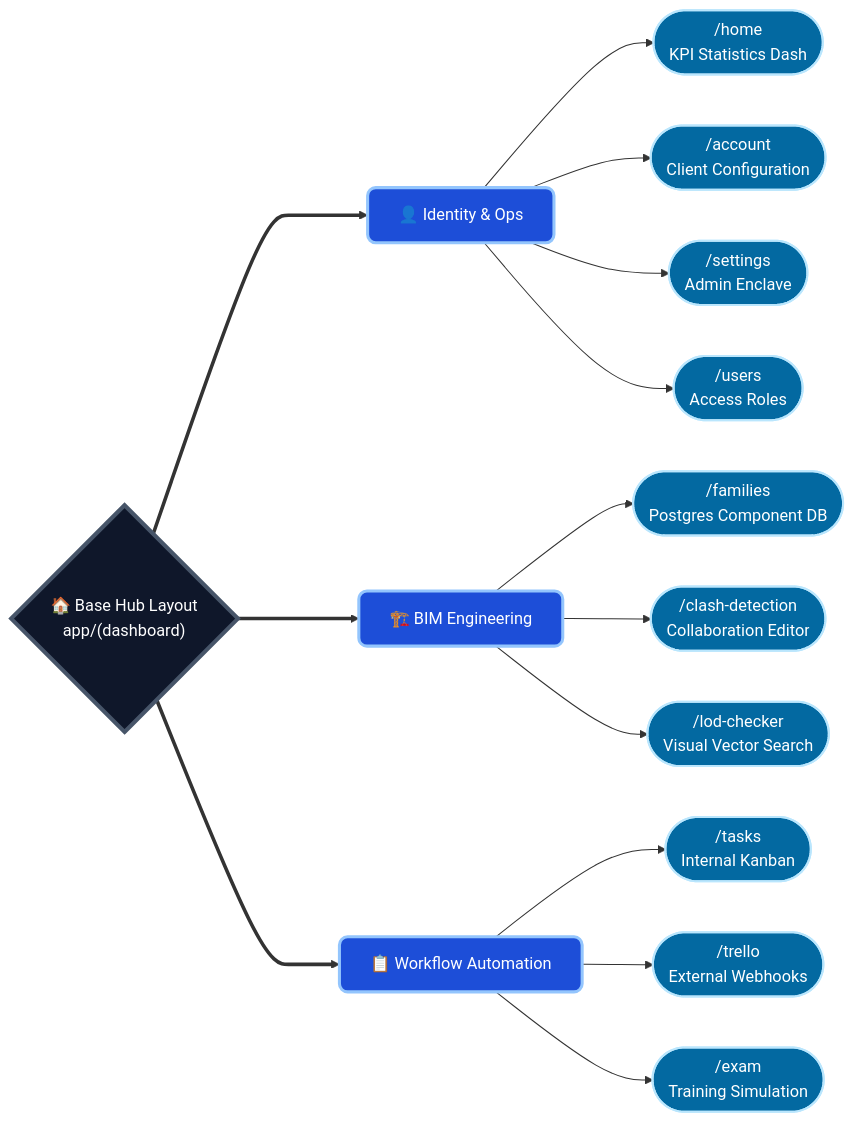
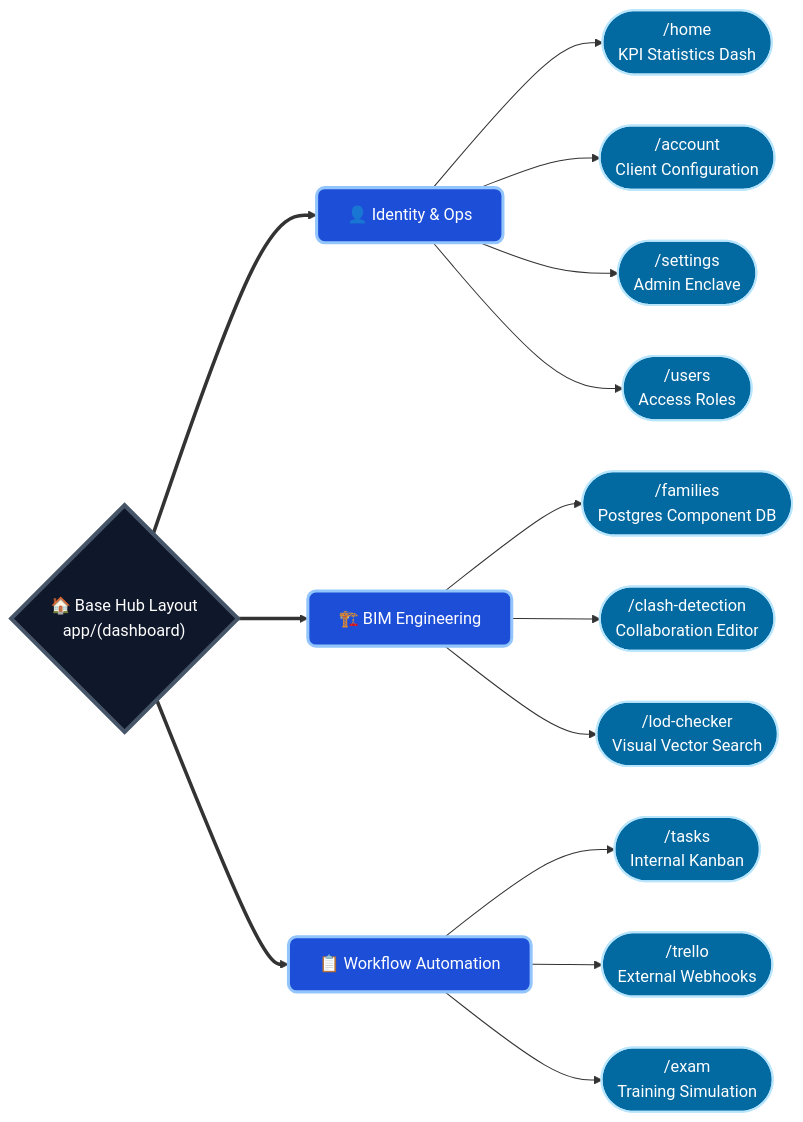
One commit to lecgarq/Dashboard changed the second of 3 diagrams in .gsd/ARCHITECTURE.md. Above: the diagram before and after it, drawn with Mermaid. The commit also changed other lines of this file and 41 other files, not shown here.

Commit message:
docs: fix markdown errors caused by invalid thick-arrow length in mermaid

````diff
--- a/.gsd/ARCHITECTURE.md
+++ b/.gsd/ARCHITECTURE.md
@@ -73,30 +73,30 @@
 ```mermaid
 flowchart LR
     %% Modern Branch Styling
     classDef root fill:#0f172a,stroke:#475569,stroke-width:4px,color:#fff
     classDef page fill:#0369a1,stroke:#bae6fd,stroke-width:2px,color:#fff,rx:8,ry:8
     classDef feature fill:#1d4ed8,stroke:#93c5fd,stroke-width:3px,color:#fff,rx:8,ry:8
 
     Root{"🏠 Base Hub Layout\napp/(dashboard)"}:::root
 
     %% Primary Branches
-    Root ===> B1["👤 Identity & Ops"]:::feature
-    Root ===> B2["🏗️ BIM Engineering"]:::feature
-    Root ===> B3["📋 Workflow Automation"]:::feature
+    Root ==> B1["👤 Identity & Ops"]:::feature
+    Root ==> B2["🏗️ BIM Engineering"]:::feature
+    Root ==> B3["📋 Workflow Automation"]:::feature
 
     %% Identity
     B1 --> P_Home(["/home\nKPI Statistics Dash"]):::page
     B1 --> P_Account(["/account\nClient Configuration"]):::page
     B1 --> P_Settings(["/settings\nAdmin Enclave"]):::page
     B1 --> P_Users(["/users\nAccess Roles"]):::page
 
     %% BIM
     B2 --> P_Families(["/families\nPostgres Component DB"]):::page
     B2 --> P_Clash(["/clash-detection\nCollaboration Editor"]):::page
     B2 --> P_LOD(["/lod-checker\nVisual Vector Search"]):::page
 
     %% Workflow
     B3 --> P_Tasks(["/tasks\nInternal Kanban"]):::page
     B3 --> P_Trello(["/trello\nExternal Webhooks"]):::page
     B3 --> P_Exam(["/exam\nTraining Simulation"]):::page
 ```
````
